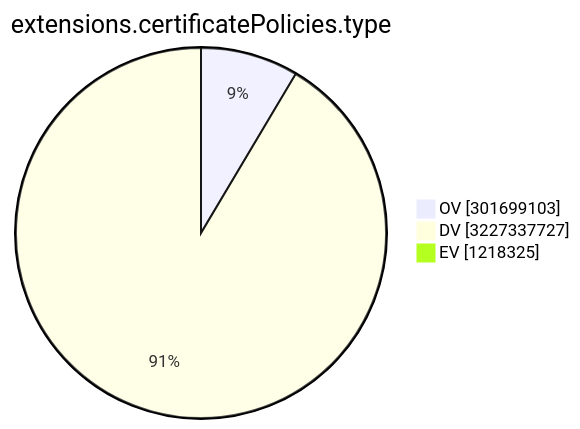
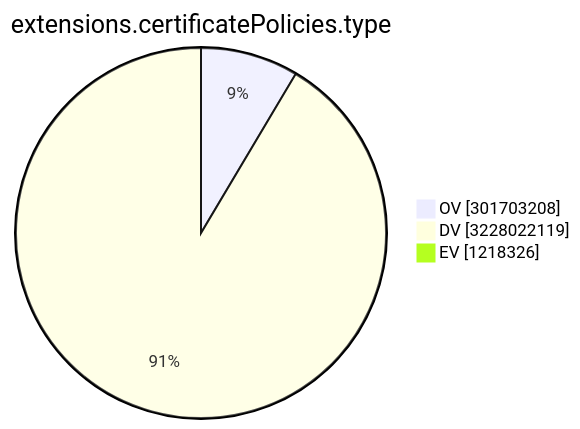
One commit to christiankrug/ctmonitor_visualization changed the ninth of 15 diagrams in TOTAL/README.md. Above: the diagram before and after it, drawn with Mermaid. The commit also changed other lines of this file, not shown here.

````diff
--- a/TOTAL/README.md
+++ b/TOTAL/README.md
@@ -3107,7 +3107,7 @@
 ```mermaid
 pie showData
 title extensions.certificatePolicies.type
-"OV" :301699103
-"DV" :3227337727
-"EV" :1218325
+"OV" :301703208
+"DV" :3228022119
+"EV" :1218326
 ```
````
